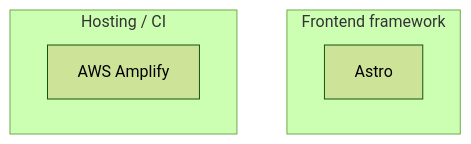
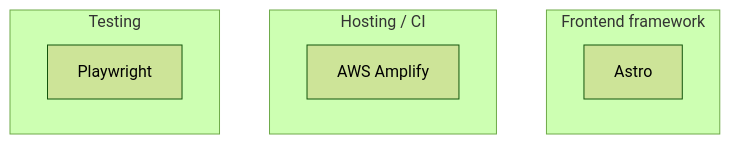
One commit to rufbulldog/brandonvtaylor-com changed the diagram in docs/spec/_systems/tech-stack.md. Above: the diagram before and after it, drawn with Mermaid (forest theme). The commit also changed other lines of this file and 20 other files, not shown here.

````diff
--- a/docs/spec/_systems/tech-stack.md
+++ b/docs/spec/_systems/tech-stack.md
@@ -18,9 +18,12 @@
 ```mermaid
 flowchart TB
   subgraph n_cat_Frontend_framework["Frontend framework"]
     n_Astro["Astro"]
   end
   subgraph n_cat_Hosting_CI["Hosting / CI"]
     n_AWS_Amplify["AWS Amplify"]
   end
+  subgraph n_cat_Testing["Testing"]
+    n_Playwright["Playwright"]
+  end
 ```
````
